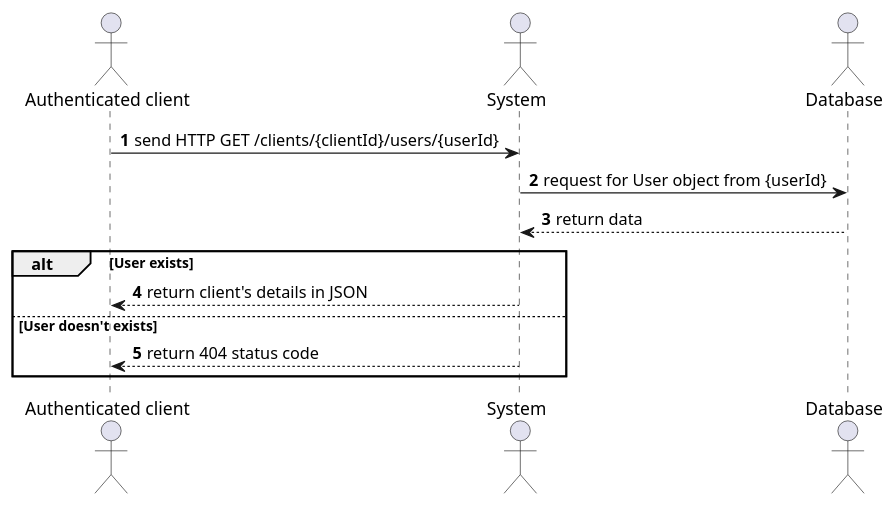
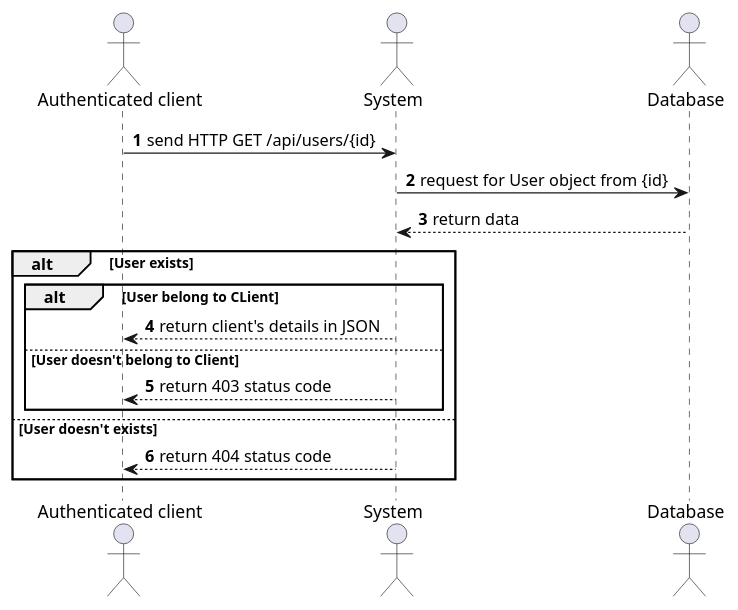
One commit to Xwyk/BileMo changed the diagram in diagrams/Sequences/UsersManagement/Sequence_ShowDetails.puml. Above: the diagram before and after it, drawn with PlantUML. The commit also changed 18 other files, not shown here.

Commit message:
Diagrams update & png generation

```diff
--- a/diagrams/Sequences/UsersManagement/Sequence_ShowDetails.puml
+++ b/diagrams/Sequences/UsersManagement/Sequence_ShowDetails.puml
@@ -1,20 +1,24 @@
 @startuml
 'https://plantuml.com/sequence-diagram
 
 autonumber
 
 actor "Authenticated client" as client
 actor System                as system
 actor Database              as db
 
-client  -> system  : send HTTP GET /clients/{clientId}/users/{userId}
-system -> db      : request for User object from {userId}
+client  -> system  : send HTTP GET /api/users/{id}
+system -> db      : request for User object from {id}
 system <-- db     : return data
 
 alt User exists
-  client  <-- system : return client's details in JSON
+    alt User belong to CLient
+      client  <-- system : return client's details in JSON
+    else User doesn't belong to Client
+      client  <-- system : return 403 status code
+    end
 else User doesn't exists
   client  <-- system : return 404 status code
 end
 
 @enduml
```
